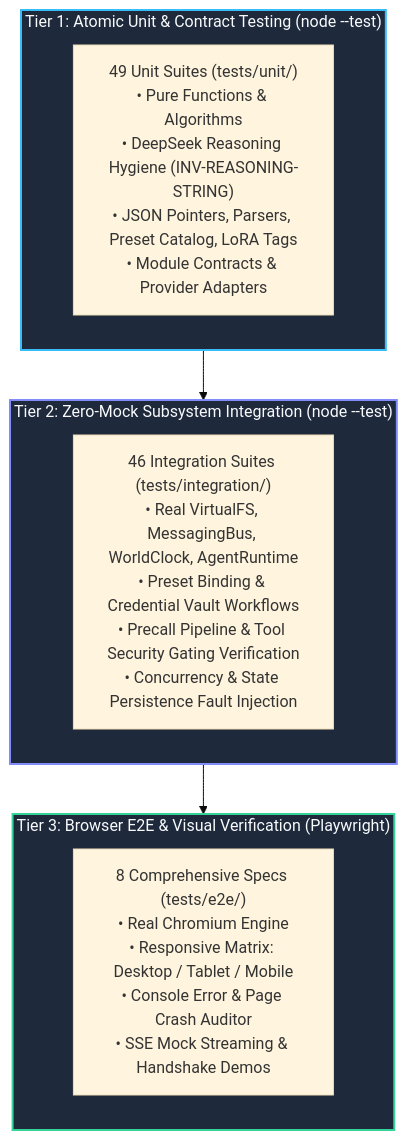
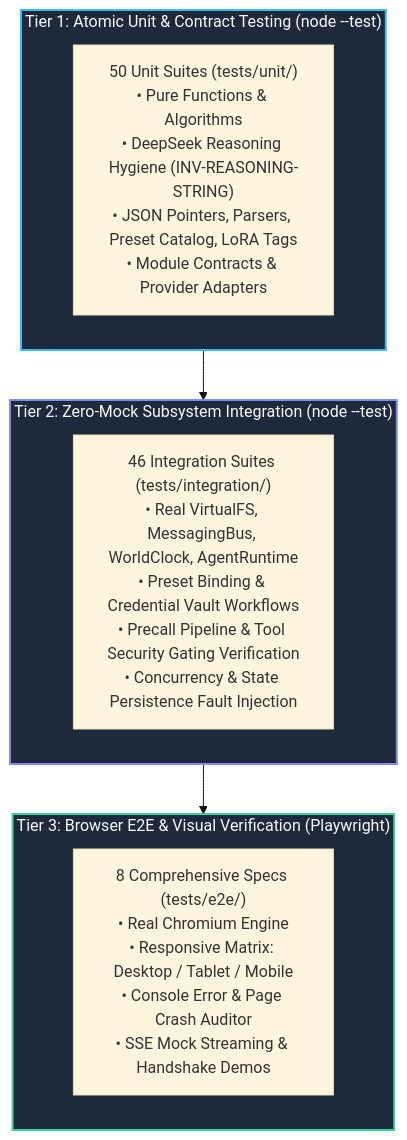
Before and after one commit to crestfallnafterdark/nightcurtain: the first of 3 diagrams in docs/testing/testing_strategy.md, drawn with Mermaid (base theme). The commit also changed other lines of this file and 6 other files, not shown here.

````diff
--- a/docs/testing/testing_strategy.md
+++ b/docs/testing/testing_strategy.md
@@ -15,24 +15,24 @@
 ```mermaid
 graph TD
     subgraph L3["Tier 3: Browser E2E & Visual Verification (Playwright)"]
         E2E["8 Comprehensive Specs (tests/e2e/)<br/>• Real Chromium Engine<br/>• Responsive Matrix: Desktop / Tablet / Mobile<br/>• Console Error & Page Crash Auditor<br/>• SSE Mock Streaming & Handshake Demos"]
     end
 
     subgraph L2["Tier 2: Zero-Mock Subsystem Integration (node --test)"]
         INT["46 Integration Suites (tests/integration/)<br/>• Real VirtualFS, MessagingBus, WorldClock, AgentRuntime<br/>• Preset Binding & Credential Vault Workflows<br/>• Precall Pipeline & Tool Security Gating Verification<br/>• Concurrency & State Persistence Fault Injection"]
     end
 
     subgraph L1["Tier 1: Atomic Unit & Contract Testing (node --test)"]
-        UNIT["49 Unit Suites (tests/unit/)<br/>• Pure Functions & Algorithms<br/>• DeepSeek Reasoning Hygiene (INV-REASONING-STRING)<br/>• JSON Pointers, Parsers, Preset Catalog, LoRA Tags<br/>• Module Contracts & Provider Adapters"]
+        UNIT["50 Unit Suites (tests/unit/)<br/>• Pure Functions & Algorithms<br/>• DeepSeek Reasoning Hygiene (INV-REASONING-STRING)<br/>• JSON Pointers, Parsers, Preset Catalog, LoRA Tags<br/>• Module Contracts & Provider Adapters"]
     end
 
     L1 --> L2
     L2 --> L3
 
     classDef l1 fill:#1e293b,stroke:#38bdf8,stroke-width:2px,color:#f8fafc;
     classDef l2 fill:#1e293b,stroke:#818cf8,stroke-width:2px,color:#f8fafc;
     classDef l3 fill:#1e293b,stroke:#34d399,stroke-width:2px,color:#f8fafc;
     class L1 l1;
     class L2 l2;
     class L3 l3;
 ```
````
